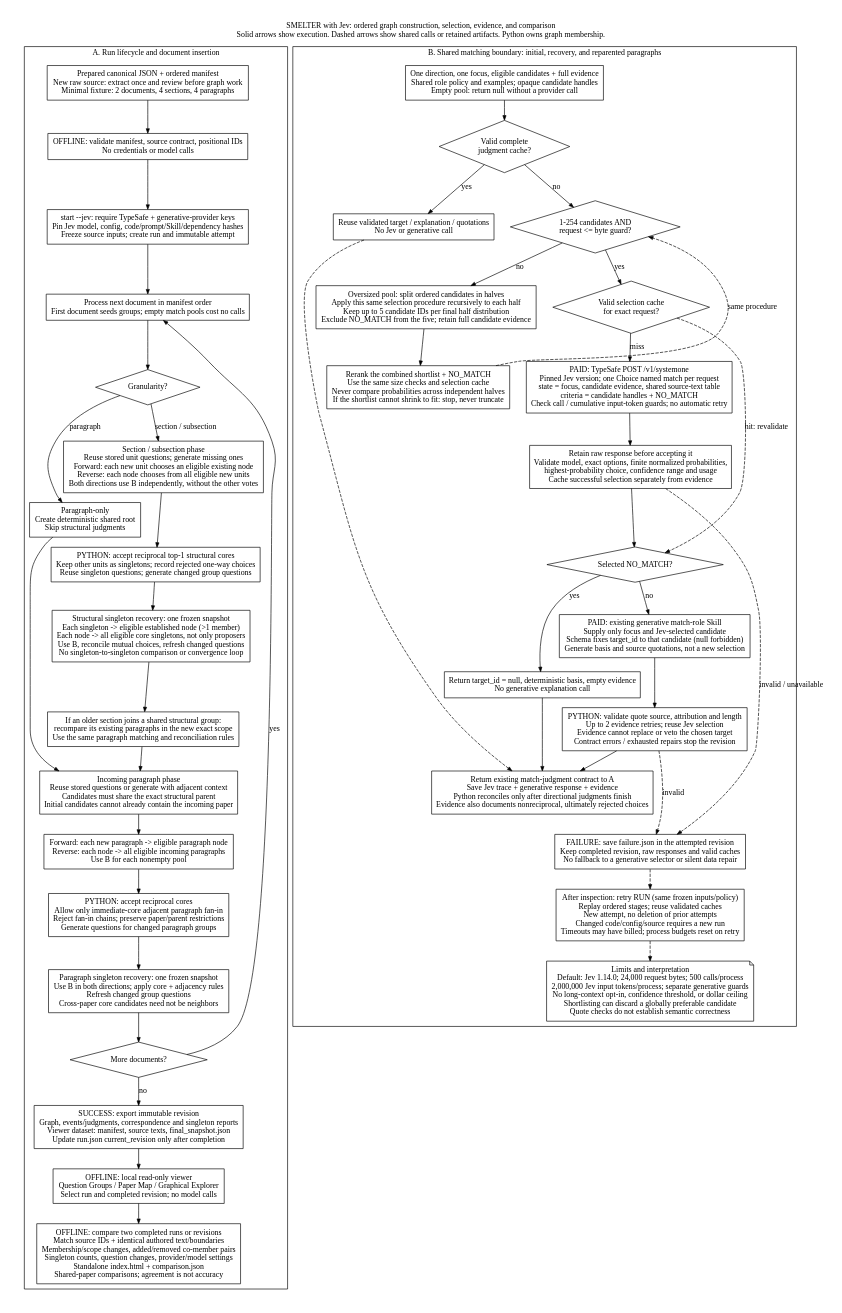
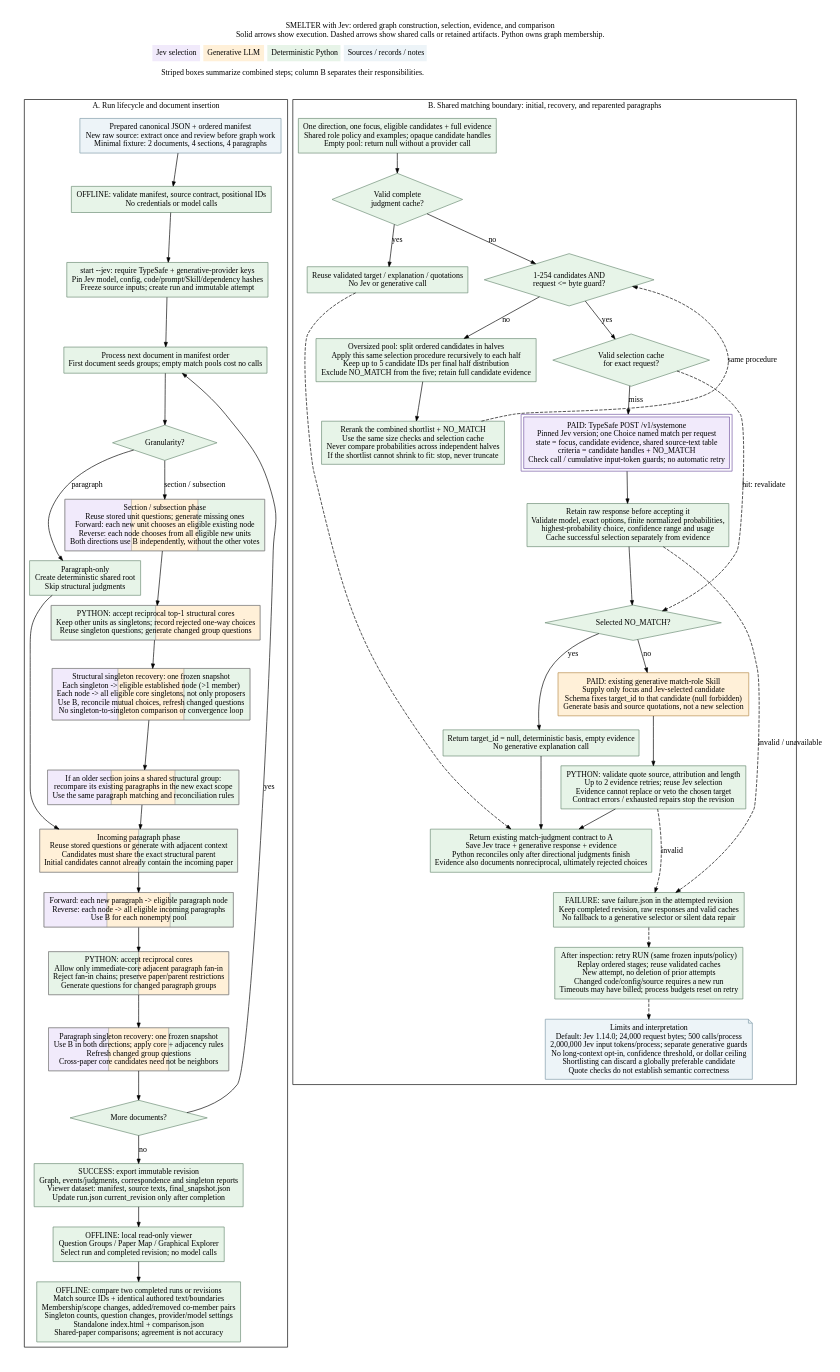
Before and after one commit to GraceGSy/SME-prototype: the diagram in docs/diagrams/jev-pipeline.dot, drawn with Graphviz. The commit also changed 2 other files, not shown here.

Commit message:
docs: color code Jev pipeline responsibilities and add legend

```diff
--- a/docs/diagrams/jev-pipeline.dot
+++ b/docs/diagrams/jev-pipeline.dot
@@ -1,83 +1,107 @@
 digraph JevPipeline {
   graph [rankdir=TB, compound=true, newrank=true, bgcolor="white", pad=0.3,
     nodesep=0.35, ranksep=0.4, fontname="Times New Roman,", fontsize=12,
     labelloc=t, label="SMELTER with Jev: ordered graph construction, selection, evidence, and comparison\nSolid arrows show execution. Dashed arrows show shared calls or retained artifacts. Python owns graph membership."];
-  node [shape=box, fontname="Times New Roman,", fontsize=12, color=black,
+  node [shape=box, style=filled, fillcolor="#e7f4e8", color="#6b8b73",
+    fontname="Times New Roman,", fontsize=12,
     fontcolor=black, margin="0.14,0.10"];
   edge [fontname="Times New Roman,", fontsize=12, color=black, arrowsize=0.7];
+
+  legend [shape=plain, style="", label=<<TABLE BORDER="0" CELLBORDER="0" CELLSPACING="5" CELLPADDING="6">
+    <TR><TD BGCOLOR="#f1eafb">Jev selection</TD><TD BGCOLOR="#fff0d8">Generative LLM</TD>
+    <TD BGCOLOR="#e7f4e8">Deterministic Python</TD><TD BGCOLOR="#edf4f8">Sources / records / notes</TD></TR>
+    <TR><TD COLSPAN="4">Striped boxes summarize combined steps; column B separates their responsibilities.</TD></TR>
+  </TABLE>>];
 
   subgraph cluster_pipeline {
     label="A. Run lifecycle and document insertion";
     inputs [label="Prepared canonical JSON + ordered manifest\nNew raw source: extract once and review before graph work\nMinimal fixture: 2 documents, 4 sections, 4 paragraphs"];
     validate [label="OFFLINE: validate manifest, source contract, positional IDs\nNo credentials or model calls"];
     start [label="start --jev: require TypeSafe + generative-provider keys\nPin Jev model, config, code/prompt/Skill/dependency hashes\nFreeze source inputs; create run and immutable attempt"];
     paper [label="Process next document in manifest order\nFirst document seeds groups; empty match pools cost no calls"];
     mode [shape=diamond, label="Granularity?"];
     root [label="Paragraph-only\nCreate deterministic shared root\nSkip structural judgments"];
     structural [label="Section / subsection phase\nReuse stored unit questions; generate missing ones\nForward: each new unit chooses an eligible existing node\nReverse: each node chooses from all eligible new units\nBoth directions use B independently, without the other votes"];
     section_rules [label="PYTHON: accept reciprocal top-1 structural cores\nKeep other units as singletons; record rejected one-way choices\nReuse singleton questions; generate changed group questions"];
     section_recovery [label="Structural singleton recovery: one frozen snapshot\nEach singleton -> eligible established node (>1 member)\nEach node -> all eligible core singletons, not only proposers\nUse B, reconcile mutual choices, refresh changed questions\nNo singleton-to-singleton comparison or convergence loop"];
     older [label="If an older section joins a shared structural group:\nrecompare its existing paragraphs in the new exact scope\nUse the same paragraph matching and reconciliation rules"];
     paragraph_questions [label="Incoming paragraph phase\nReuse stored questions or generate with adjacent context\nCandidates must share the exact structural parent\nInitial candidates cannot already contain the incoming paper"];
     paragraph_match [label="Forward: each new paragraph -> eligible paragraph node\nReverse: each node -> all eligible incoming paragraphs\nUse B for each nonempty pool"];
     paragraph_rules [label="PYTHON: accept reciprocal cores\nAllow only immediate-core adjacent paragraph fan-in\nReject fan-in chains; preserve paper/parent restrictions\nGenerate questions for changed paragraph groups"];
     paragraph_recovery [label="Paragraph singleton recovery: one frozen snapshot\nUse B in both directions; apply core + adjacency rules\nRefresh changed group questions\nCross-paper core candidates need not be neighbors"];
     more [shape=diamond, label="More documents?"];
     export [label="SUCCESS: export immutable revision\nGraph, events/judgments, correspondence and singleton reports\nViewer dataset: manifest, source texts, final_snapshot.json\nUpdate run.json current_revision only after completion"];
     viewer [label="OFFLINE: local read-only viewer\nQuestion Groups / Paper Map / Graphical Explorer\nSelect run and completed revision; no model calls"];
     compare [label="OFFLINE: compare two completed runs or revisions\nMatch source IDs + identical authored text/boundaries\nMembership/scope changes, added/removed co-member pairs\nSingleton counts, question changes, provider/model settings\nStandalone index.html + comparison.json\nShared-paper comparisons; agreement is not accuracy"];
 
     inputs -> validate -> start -> paper -> mode;
     mode -> structural [label="section / subsection"];
     mode -> root [label="paragraph"];
     structural -> section_rules -> section_recovery -> older -> paragraph_questions;
     root -> paragraph_questions;
     paragraph_questions -> paragraph_match -> paragraph_rules -> paragraph_recovery -> more;
     more -> paper [label="yes", constraint=false];
     more -> export [label="no"];
     export -> viewer -> compare;
   }
 
   subgraph cluster_selection {
     label="B. Shared matching boundary: initial, recovery, and reparented paragraphs";
     request [label="One direction, one focus, eligible candidates + full evidence\nShared role policy and examples; opaque candidate handles\nEmpty pool: return null without a provider call"];
     cached [shape=diamond, label="Valid complete\njudgment cache?"];
     cached_result [label="Reuse validated target / explanation / quotations\nNo Jev or generative call"];
     pool [shape=diamond, label="1-254 candidates AND\nrequest <= byte guard?"];
     split [label="Oversized pool: split ordered candidates in halves\nApply this same selection procedure recursively to each half\nKeep up to 5 candidate IDs per final half distribution\nExclude NO_MATCH from the five; retain full candidate evidence"];
     rerank [label="Rerank the combined shortlist + NO_MATCH\nUse the same size checks and selection cache\nNever compare probabilities across independent halves\nIf the shortlist cannot shrink to fit: stop, never truncate"];
     choice_cache [shape=diamond, label="Valid selection cache\nfor exact request?"];
     api [label="PAID: TypeSafe POST /v1/systemone\nPinned Jev version; one Choice named match per request\nstate = focus, candidate evidence, shared source-text table\ncriteria = candidate handles + NO_MATCH\nCheck call / cumulative input-token guards; no automatic retry"];
     contract [label="Retain raw response before accepting it\nValidate model, exact options, finite normalized probabilities,\nhighest-probability choice, confidence range and usage\nCache successful selection separately from evidence"];
     selected [shape=diamond, label="Selected NO_MATCH?"];
     abstain [label="Return target_id = null, deterministic basis, empty evidence\nNo generative explanation call"];
     evidence [label="PAID: existing generative match-role Skill\nSupply only focus and Jev-selected candidate\nSchema fixes target_id to that candidate (null forbidden)\nGenerate basis and source quotations, not a new selection"];
     quote [label="PYTHON: validate quote source, attribution and length\nUp to 2 evidence retries; reuse Jev selection\nEvidence cannot replace or veto the chosen target\nContract errors / exhausted repairs stop the revision"];
     result [label="Return existing match-judgment contract to A\nSave Jev trace + generative response + evidence\nPython reconciles only after directional judgments finish\nEvidence also documents nonreciprocal, ultimately rejected choices"];
     fail [label="FAILURE: save failure.json in the attempted revision\nKeep completed revision, raw responses and valid caches\nNo fallback to a generative selector or silent data repair"];
     retry [label="After inspection: retry RUN (same frozen inputs/policy)\nReplay ordered stages; reuse validated caches\nNew attempt, no deletion of prior attempts\nChanged code/config/source requires a new run\nTimeouts may have billed; process budgets reset on retry"];
     limits [shape=note, label="Limits and interpretation\nDefault: Jev 1.14.0; 24,000 request bytes; 500 calls/process\n2,000,000 Jev input tokens/process; separate generative guards\nNo long-context opt-in, confidence threshold, or dollar ceiling\nShortlisting can discard a globally preferable candidate\nQuote checks do not establish semantic correctness"];
 
     request -> cached;
     cached -> cached_result [label="yes"];
     cached -> pool [label="no"];
     pool -> split [label="no"];
     split -> rerank;
     rerank -> pool [style=dashed, constraint=false, label="same procedure"];
     pool -> choice_cache [label="yes"];
     choice_cache -> api [label="miss"];
     api -> contract -> selected;
     choice_cache -> selected [label="hit: revalidate", style=dashed];
     selected -> abstain [label="yes"];
     selected -> evidence [label="no"];
     evidence -> quote -> result;
     abstain -> result;
     cached_result -> result [style=dashed, constraint=false];
     contract -> fail [label="invalid / unavailable", style=dashed, constraint=false];
     quote -> fail [label="invalid", style=dashed];
     result -> fail [style=invis];
     fail -> retry -> limits [style=dashed];
   }
 
+  // Aggregate stages retain all their existing steps; stripes avoid assigning
+  // an entire mixed stage to a single provider.
+  structural [style=striped, fillcolor="#f1eafb:#fff0d8:#e7f4e8", color="#7f7f7f"];
+  section_recovery [style=striped, fillcolor="#f1eafb:#fff0d8:#e7f4e8", color="#7f7f7f"];
+  older [style=striped, fillcolor="#f1eafb:#fff0d8:#e7f4e8", color="#7f7f7f"];
+  paragraph_match [style=striped, fillcolor="#f1eafb:#fff0d8:#e7f4e8", color="#7f7f7f"];
+  paragraph_recovery [style=striped, fillcolor="#f1eafb:#fff0d8:#e7f4e8", color="#7f7f7f"];
+  section_rules [style=striped, fillcolor="#e7f4e8:#fff0d8", color="#7f7f7f"];
+  paragraph_rules [style=striped, fillcolor="#e7f4e8:#fff0d8", color="#7f7f7f"];
+  paragraph_questions [style=striped, fillcolor="#fff0d8:#e7f4e8", color="#7f7f7f"];
+  api [fillcolor="#f1eafb", color="#7054a0", peripheries=2];
+  evidence [fillcolor="#fff0d8", color="#b68a49"];
+  inputs [fillcolor="#edf4f8", color="#7f9aa8"];
+  limits [fillcolor="#edf4f8", color="#7f9aa8"];
+
   { rank=same; inputs; request; }
+  legend -> inputs [style=invis];
+  legend -> request [style=invis];
 }
```
